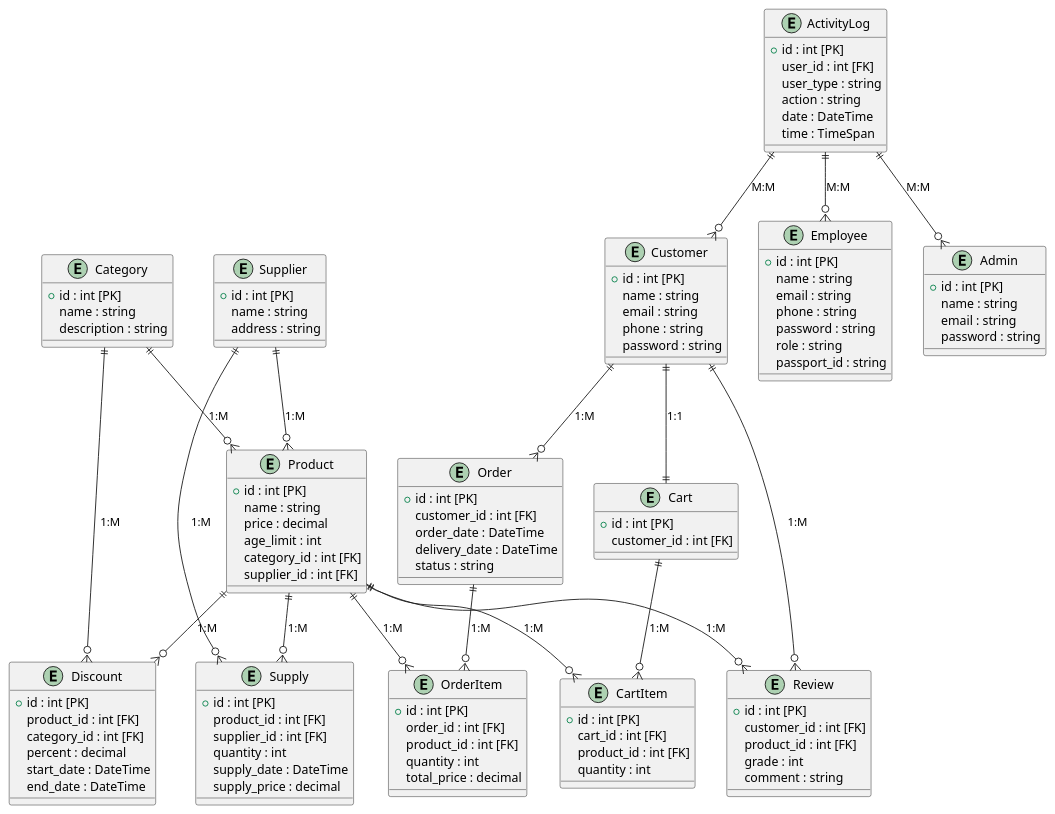
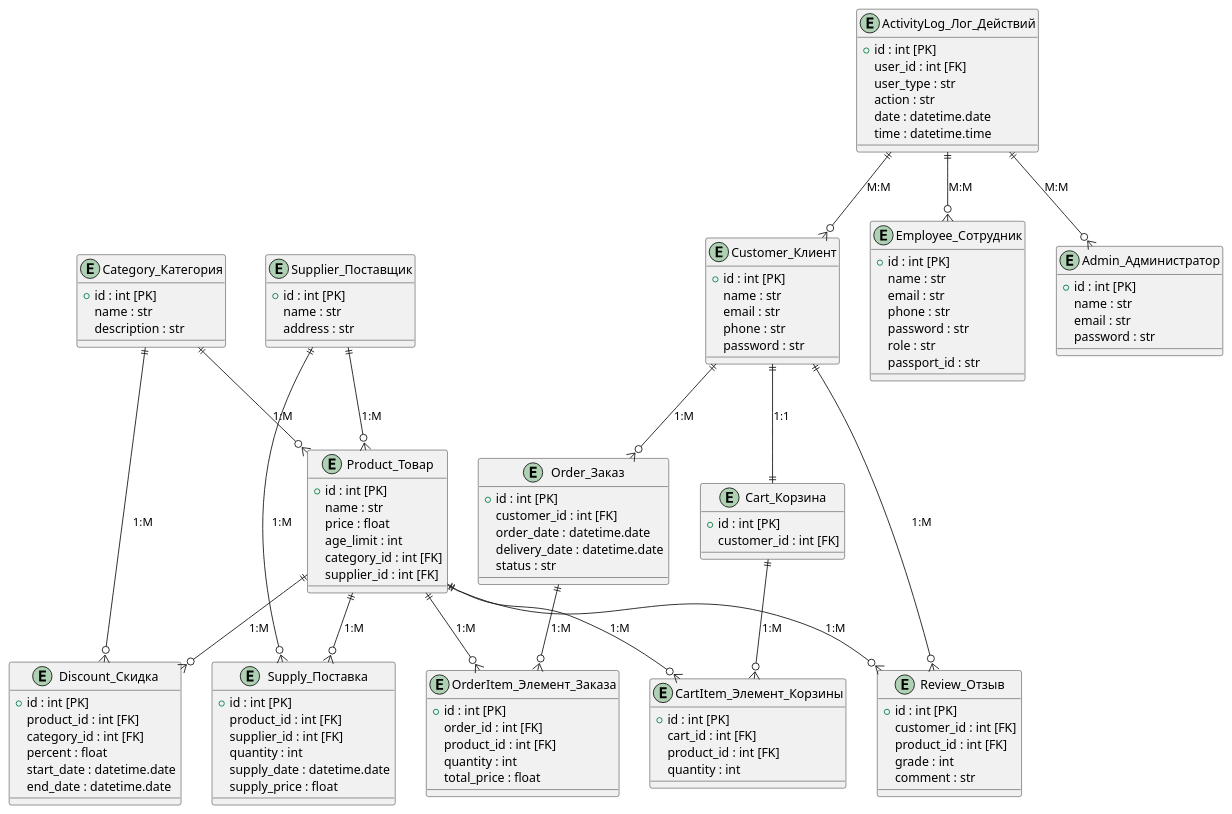
The diagram in DatabaseSchemas/unnormalized_schema.puml (nastyakashko1509/LegoStore_LabsDB), drawn with PlantUML before and after one commit.

Commit message:
Changes in the scheme

```diff
--- a/DatabaseSchemas/unnormalized_schema.puml
+++ b/DatabaseSchemas/unnormalized_schema.puml
@@ -1,135 +1,135 @@
 @startuml normalized_schema_er
 
-entity Category {
+entity Category_Категория {
     +id : int [PK]
-    name : string
-    description : string
+    name : str
+    description : str
 }
 
-entity Product {
+entity Product_Товар {
     +id : int [PK]
-    name : string
-    price : decimal
+    name : str
+    price : float
     age_limit : int
     category_id : int [FK]
     supplier_id : int [FK]
 }
 
-entity Supplier {
+entity Supplier_Поставщик {
     +id : int [PK]
-    name : string
-    address : string
+    name : str
+    address : str
 }
 
-entity Discount {
+entity Discount_Скидка {
     +id : int [PK]
     product_id : int [FK]
     category_id : int [FK]
-    percent : decimal
-    start_date : DateTime
-    end_date : DateTime
+    percent : float
+    start_date : datetime.date
+    end_date : datetime.date
 }
 
-entity Supply {
+entity Supply_Поставка {
     +id : int [PK]
     product_id : int [FK]
     supplier_id : int [FK]
     quantity : int
-    supply_date : DateTime
-    supply_price : decimal
+    supply_date : datetime.date
+    supply_price : float
 }
 
-entity Customer {
+entity Customer_Клиент {
     +id : int [PK]
-    name : string
-    email : string
-    phone : string
-    password : string
+    name : str
+    email : str
+    phone : str
+    password : str
 }
 
-entity Order {
+entity Order_Заказ {
     +id : int [PK]
     customer_id : int [FK]
-    order_date : DateTime
-    delivery_date : DateTime
-    status : string
+    order_date : datetime.date
+    delivery_date : datetime.date
+    status : str
 }
 
-entity OrderItem {
+entity OrderItem_Элемент_Заказа {
     +id : int [PK]
     order_id : int [FK]
     product_id : int [FK]
     quantity : int
-    total_price : decimal
+    total_price : float
 }
 
-entity Cart {
+entity Cart_Корзина {
     +id : int [PK]
     customer_id : int [FK]
 }
 
-entity CartItem {
+entity CartItem_Элемент_Корзины {
     +id : int [PK]
     cart_id : int [FK]
     product_id : int [FK]
     quantity : int
 }
 
-entity Review {
+entity Review_Отзыв {
     +id : int [PK]
     customer_id : int [FK]
     product_id : int [FK]
     grade : int
-    comment : string
+    comment : str
 }
 
-entity Employee {
+entity Employee_Сотрудник {
     +id : int [PK]
-    name : string
-    email : string
-    phone : string
-    password : string
-    role : string
-    passport_id : string
+    name : str
+    email : str
+    phone : str
+    password : str
+    role : str
+    passport_id : str
 }
 
-entity Admin {
+entity Admin_Администратор {
     +id : int [PK]
-    name : string
-    email : string
-    password : string
+    name : str
+    email : str
+    password : str
 }
 
-entity ActivityLog {
+entity ActivityLog_Лог_Действий {
     +id : int [PK]
     user_id : int [FK]
-    user_type : string
-    action : string
-    date : DateTime
-    time : TimeSpan
+    user_type : str
+    action : str
+    date : datetime.date
+    time : datetime.time
 }
 
-Category ||--o{ Product : "1:M"
-Supplier ||--o{ Product : "1:M"
-Product ||--o{ Supply : "1:M"
-Supplier ||--o{ Supply : "1:M"
+Category_Категория ||--o{ Product_Товар : "1:M"
+Supplier_Поставщик ||--o{ Product_Товар : "1:M"
+Product_Товар ||--o{ Supply_Поставка : "1:M"
+Supplier_Поставщик ||--o{ Supply_Поставка : "1:M"
 
-Product ||--o{ Discount : "1:M"
-Category ||--o{ Discount : "1:M"
+Product_Товар ||--o{ Discount_Скидка : "1:M"
+Category_Категория ||--o{ Discount_Скидка : "1:M"
 
-Customer ||--o{ Order : "1:M"
-Order ||--o{ OrderItem : "1:M"
-Product ||--o{ OrderItem : "1:M"
+Customer_Клиент ||--o{ Order_Заказ : "1:M"
+Order_Заказ ||--o{ OrderItem_Элемент_Заказа : "1:M"
+Product_Товар ||--o{ OrderItem_Элемент_Заказа : "1:M"
 
-Customer ||--|| Cart : "1:1"
-Cart ||--o{ CartItem : "1:M"
-Product ||--o{ CartItem : "1:M"
+Customer_Клиент ||--|| Cart_Корзина : "1:1"
+Cart_Корзина ||--o{ CartItem_Элемент_Корзины : "1:M"
+Product_Товар ||--o{ CartItem_Элемент_Корзины : "1:M"
 
-Customer ||--o{ Review : "1:M"
-Product ||--o{ Review : "1:M"
+Customer_Клиент ||--o{ Review_Отзыв : "1:M"
+Product_Товар ||--o{ Review_Отзыв : "1:M"
 
-ActivityLog ||--o{ Customer : "M:M"
-ActivityLog ||--o{ Employee : "M:M"
-ActivityLog ||--o{ Admin : "M:M"
+ActivityLog_Лог_Действий ||--o{ Customer_Клиент : "M:M"
+ActivityLog_Лог_Действий ||--o{ Employee_Сотрудник : "M:M"
+ActivityLog_Лог_Действий ||--o{ Admin_Администратор : "M:M"
 
 @enduml
```
